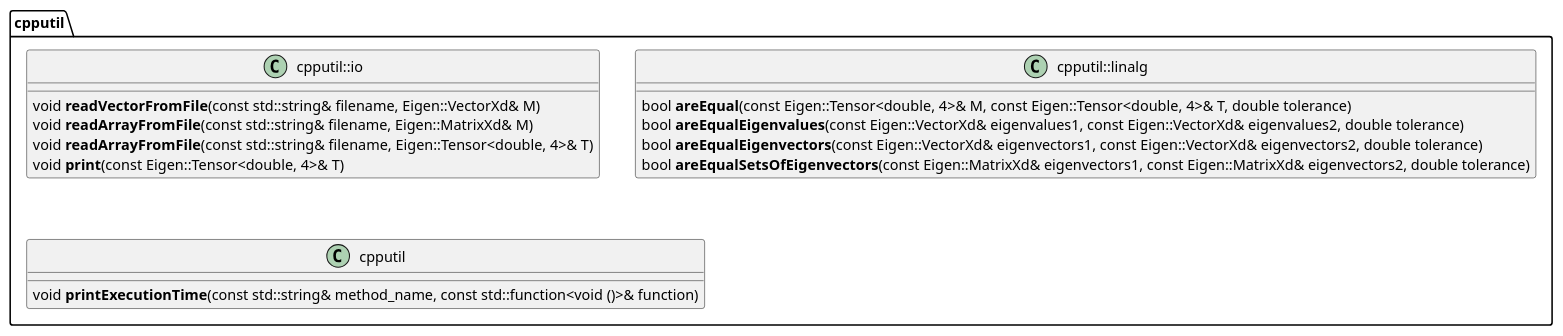
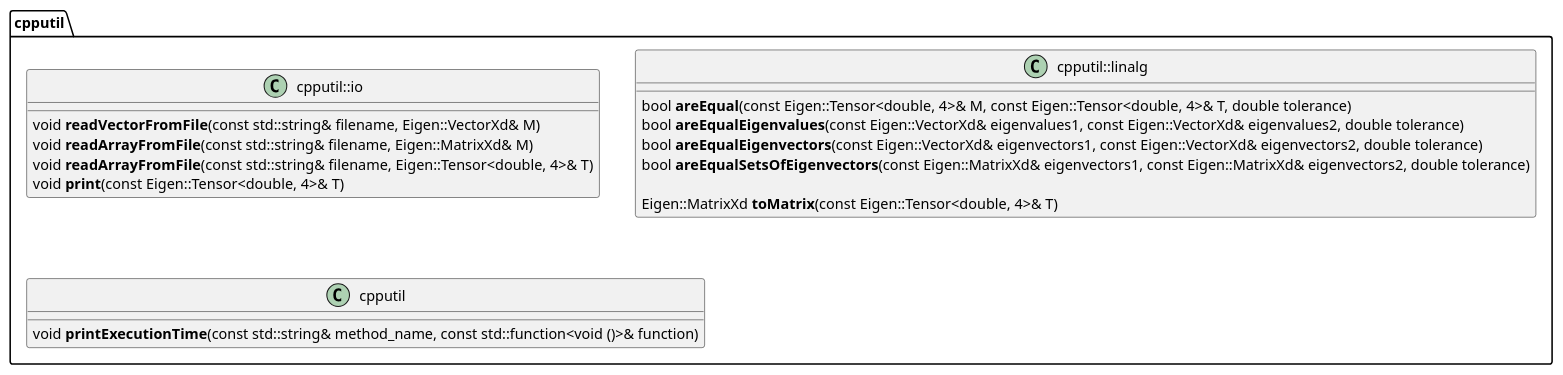
The diagram in docs/cpputil.puml (matt-chan/cpputil), drawn with PlantUML before and after one commit. The commit also changed 3 other files, not shown here.

Commit message:
Add a function that makes a matrix from a tensor in a specific way.

```diff
--- a/docs/cpputil.puml
+++ b/docs/cpputil.puml
@@ -1,26 +1,28 @@
 @startuml
 
 
 namespace cpputil {
 
     class cpputil::io {
         void **readVectorFromFile**(const std::string& filename, Eigen::VectorXd& M)
         void **readArrayFromFile**(const std::string& filename, Eigen::MatrixXd& M)
         void **readArrayFromFile**(const std::string& filename, Eigen::Tensor<double, 4>& T)
         void **print**(const Eigen::Tensor<double, 4>& T)
     }
 
     class cpputil::linalg {
         bool **areEqual**(const Eigen::Tensor<double, 4>& M, const Eigen::Tensor<double, 4>& T, double tolerance)
         bool **areEqualEigenvalues**(const Eigen::VectorXd& eigenvalues1, const Eigen::VectorXd& eigenvalues2, double tolerance)
         bool **areEqualEigenvectors**(const Eigen::VectorXd& eigenvectors1, const Eigen::VectorXd& eigenvectors2, double tolerance)
         bool **areEqualSetsOfEigenvectors**(const Eigen::MatrixXd& eigenvectors1, const Eigen::MatrixXd& eigenvectors2, double tolerance)
+
+        Eigen::MatrixXd **toMatrix**(const Eigen::Tensor<double, 4>& T)
     }
 
     class cpputil {
         void **printExecutionTime**(const std::string& method_name, const std::function<void ()>& function)
     }
 
 }
 
 @enduml
```
